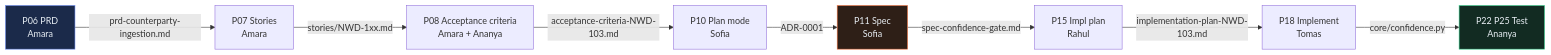
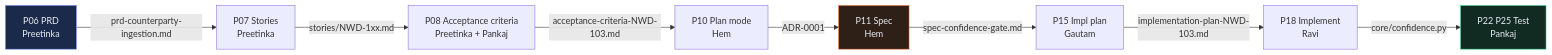
The diagram in AI-Agile-Development/AI-Prompts-Library/02-the-handoff-contract.md (hemsingh81/learning-system-designs), drawn with Mermaid before and after one commit. The commit also changed other lines of this file and 99 other files, not shown here.

````diff
--- a/AI-Agile-Development/AI-Prompts-Library/02-the-handoff-contract.md
+++ b/AI-Agile-Development/AI-Prompts-Library/02-the-handoff-contract.md
@@ -116,14 +116,14 @@
 ```mermaid
 flowchart LR
-    A["P06 PRD<br/>Amara"] -->|prd-counterparty-ingestion.md| B["P07 Stories<br/>Amara"]
-    B -->|stories/NWD-1xx.md| C["P08 Acceptance criteria<br/>Amara + Ananya"]
-    C -->|acceptance-criteria-NWD-103.md| D["P10 Plan mode<br/>Sofia"]
-    D -->|ADR-0001| E["P11 Spec<br/>Sofia"]
-    E -->|spec-confidence-gate.md| F["P15 Impl plan<br/>Rahul"]
-    F -->|implementation-plan-NWD-103.md| G["P18 Implement<br/>Tomas"]
-    G -->|core/confidence.py| H["P22 P25 Test<br/>Ananya"]
+    A["P06 PRD<br/>Preetinka"] -->|prd-counterparty-ingestion.md| B["P07 Stories<br/>Preetinka"]
+    B -->|stories/NWD-1xx.md| C["P08 Acceptance criteria<br/>Preetinka + Pankaj"]
+    C -->|acceptance-criteria-NWD-103.md| D["P10 Plan mode<br/>Hem"]
+    D -->|ADR-0001| E["P11 Spec<br/>Hem"]
+    E -->|spec-confidence-gate.md| F["P15 Impl plan<br/>Gautam"]
+    F -->|implementation-plan-NWD-103.md| G["P18 Implement<br/>Ravi"]
+    G -->|core/confidence.py| H["P22 P25 Test<br/>Pankaj"]
 
     style A fill:#1B2A4A,stroke:#6C8EF5,color:#E8EEF4
     style E fill:#2E1F17,stroke:#FF7A45,color:#E8EEF4
     style H fill:#122B22,stroke:#3DDC97,color:#E8EEF4
 ```
````
